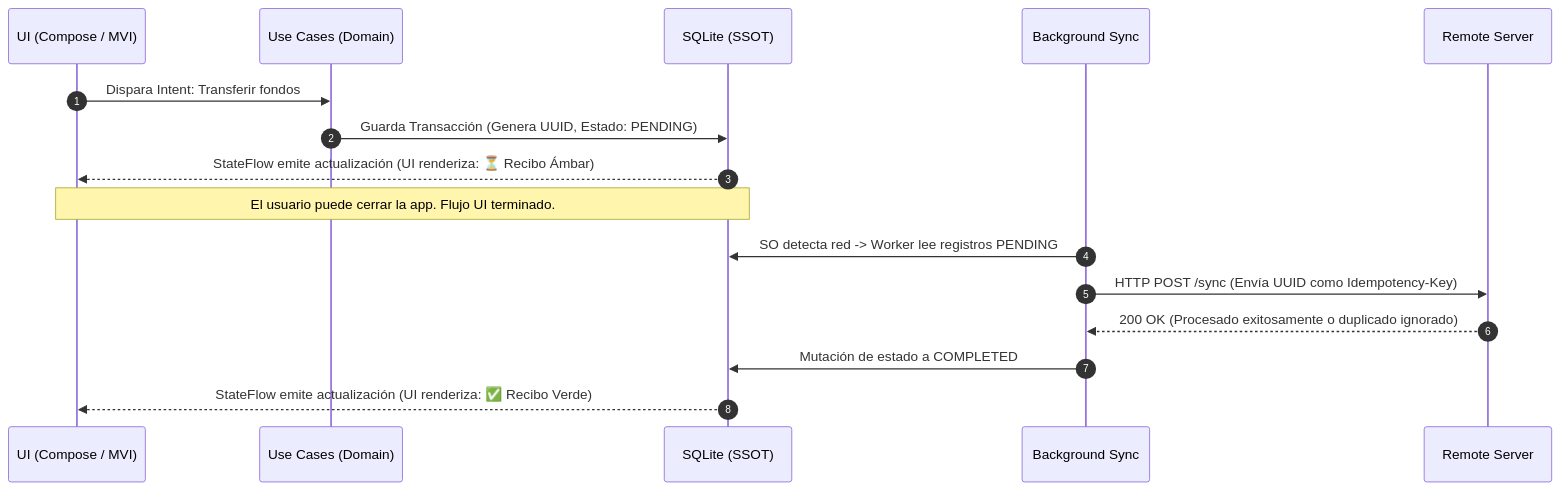
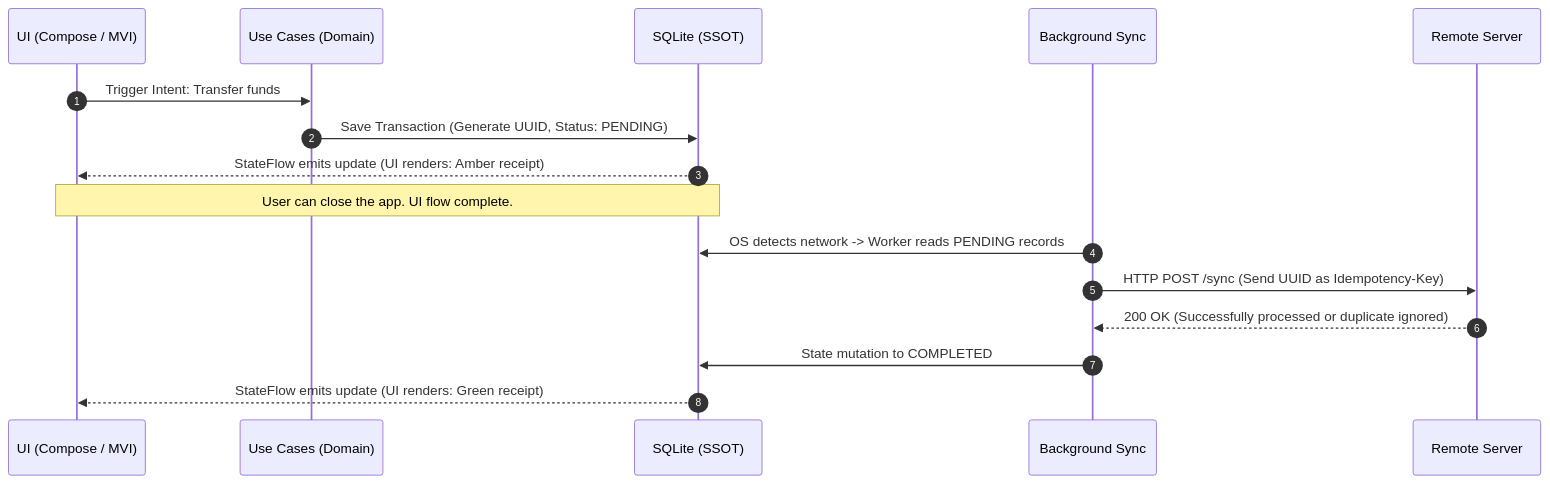
One commit to JastinBolanos/Boveda-KMP changed the diagram in README.md. Above: the diagram before and after it, drawn with Mermaid. The commit also changed other lines of this file, not shown here.

````diff
--- a/README.md
+++ b/README.md
@@ -56,20 +56,20 @@
 ```mermaid
 sequenceDiagram
     autonumber
     participant View as UI (Compose / MVI)
     participant Domain as Use Cases (Domain)
     participant DB as SQLite (SSOT)
     participant Worker as Background Sync
     participant API as Remote Server
 
-    View->>Domain: Dispara Intent: Transferir fondos
-    Domain->>DB: Guarda Transacción (Genera UUID, Estado: PENDING)
-    DB-->>View: StateFlow emite actualización (UI renderiza: ⏳ Recibo Ámbar)
-    Note over View, DB: El usuario puede cerrar la app. Flujo UI terminado.
-    Worker->>DB: SO detecta red -> Worker lee registros PENDING
-    Worker->>API: HTTP POST /sync (Envía UUID como Idempotency-Key)
-    API-->>Worker: 200 OK (Procesado exitosamente o duplicado ignorado)
-    Worker->>DB: Mutación de estado a COMPLETED
-    DB-->>View: StateFlow emite actualización (UI renderiza: ✅ Recibo Verde)
+    View->>Domain: Trigger Intent: Transfer funds
+    Domain->>DB: Save Transaction (Generate UUID, Status: PENDING)
+    DB-->>View: StateFlow emits update (UI renders: Amber receipt)
+    Note over View, DB: User can close the app. UI flow complete.
+    Worker->>DB: OS detects network -> Worker reads PENDING records
+    Worker->>API: HTTP POST /sync (Send UUID as Idempotency-Key)
+    API-->>Worker: 200 OK (Successfully processed or duplicate ignored)
+    Worker->>DB: State mutation to COMPLETED
+    DB-->>View: StateFlow emits update (UI renders: Green receipt)
     
 ```
````
